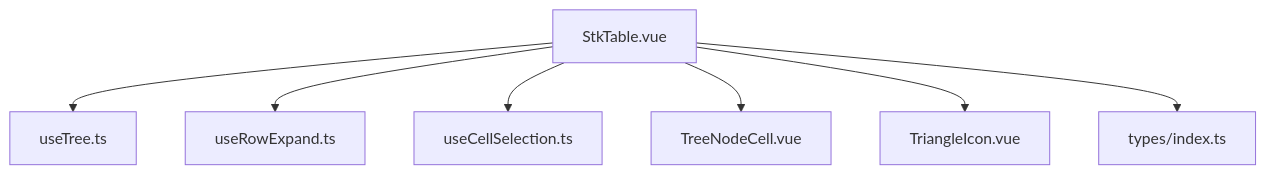
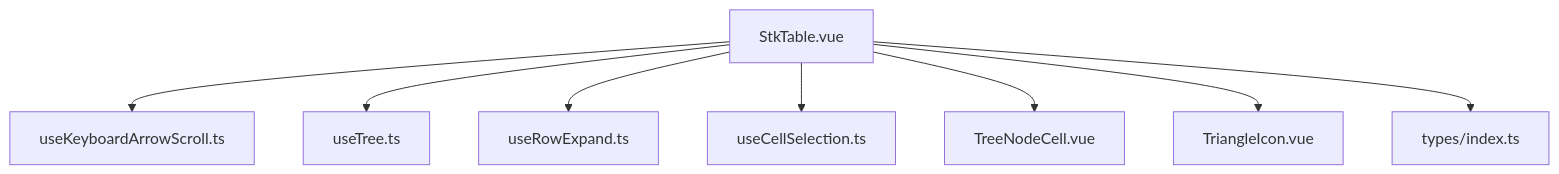
One commit to ja-plus/stk-table-vue changed the first of 10 diagrams in .qoder/repowiki/en/content/Basic Features/Interaction Controls.md. Above: the diagram before and after it, drawn with Mermaid. The commit also changed other lines of this file and 3 other files, not shown here.

````diff
--- a/.qoder/repowiki/en/content/Basic Features/Interaction Controls.md
+++ b/.qoder/repowiki/en/content/Basic Features/Interaction Controls.md
@@ -50,16 +60,18 @@
 ```mermaid
 graph TB
 STK["StkTable.vue"]
+UKA["useKeyboardArrowScroll.ts"]
 UT["useTree.ts"]
 URE["useRowExpand.ts"]
 UCS["useCellSelection.ts"]
 TIDX["types/index.ts"]
 TN["TreeNodeCell.vue"]
 TRI["TriangleIcon.vue"]
+STK --> UKA
 STK --> UT
 STK --> URE
 STK --> UCS
 STK --> TN
 STK --> TRI
 STK --> TIDX
 ```
````
